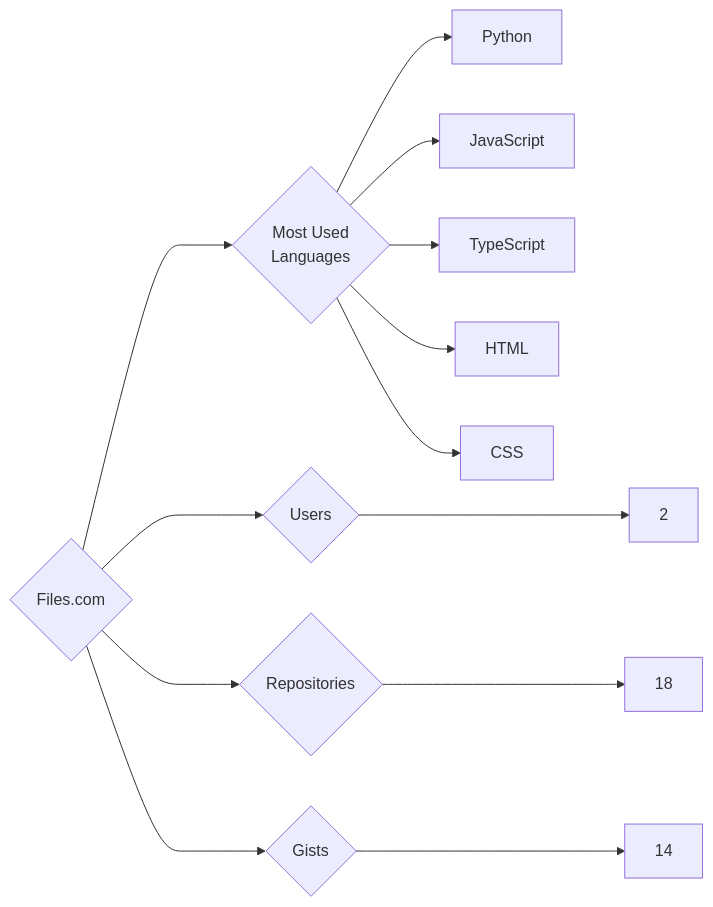
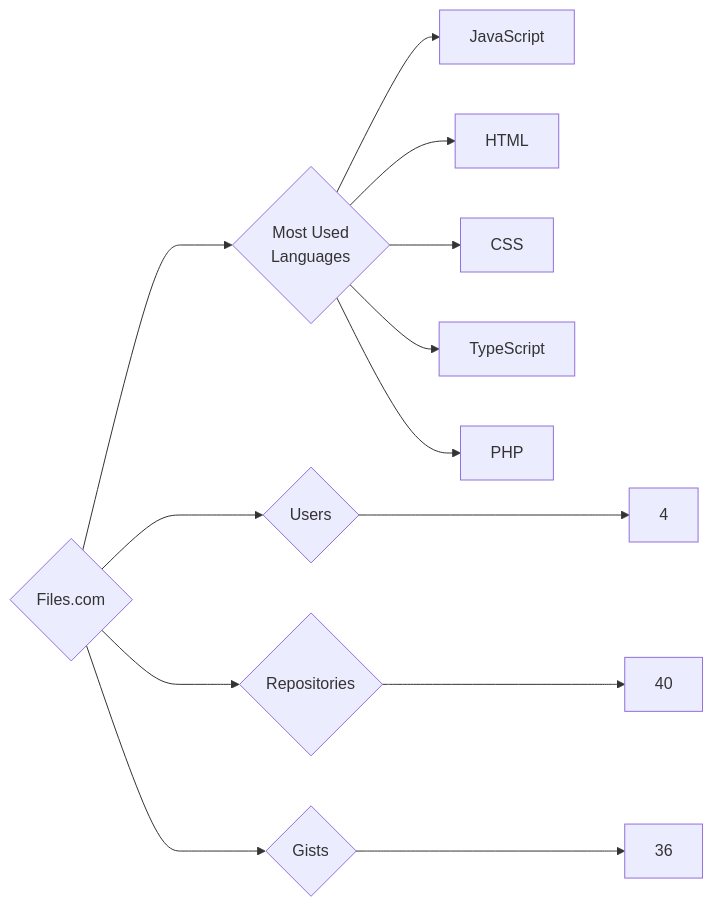
The diagram in targets/Files.com/README.md (trickest/insiders), drawn with Mermaid before and after one commit. The commit also changed 633 other files, not shown here.

````diff
--- a/targets/Files.com/README.md
+++ b/targets/Files.com/README.md
@@ -3,13 +3,13 @@
 ```mermaid
 graph LR
 COMPANY_NAME{Files.com}
-COMPANY_NAME ---> U{Users} ---> UN[2]
-COMPANY_NAME ---> R{Repositories} ---> RN[18]
-COMPANY_NAME ---> G{Gists} ---> GN[14]
+COMPANY_NAME ---> U{Users} ---> UN[4]
+COMPANY_NAME ---> R{Repositories} ---> RN[40]
+COMPANY_NAME ---> G{Gists} ---> GN[36]
 COMPANY_NAME ---> ML{Most Used<br>Languages}
-ML --> Python[Python]
 ML --> JavaScript[JavaScript]
-ML --> TypeScript[TypeScript]
 ML --> HTML[HTML]
 ML --> CSS[CSS]
+ML --> TypeScript[TypeScript]
+ML --> PHP[PHP]
 ```
````
